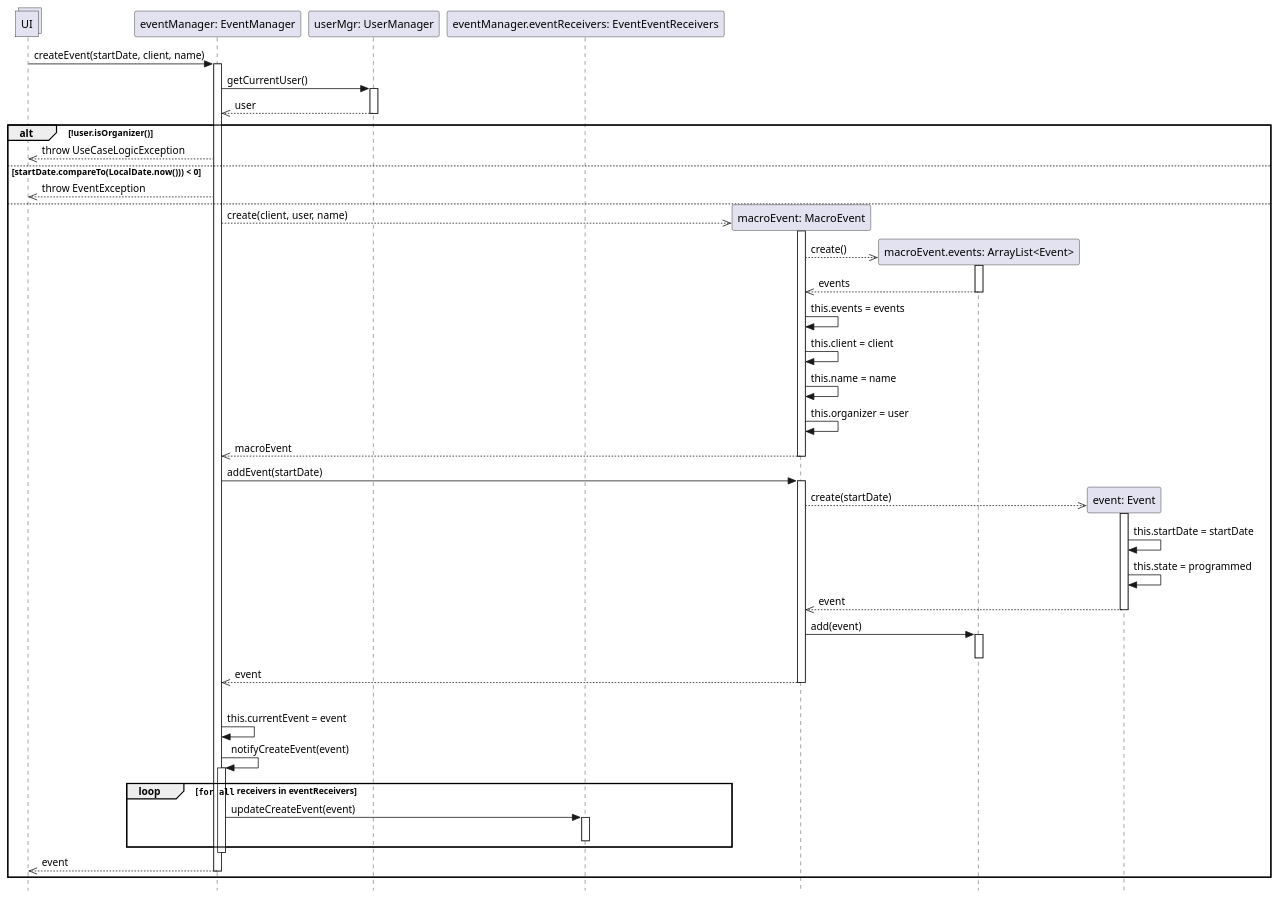
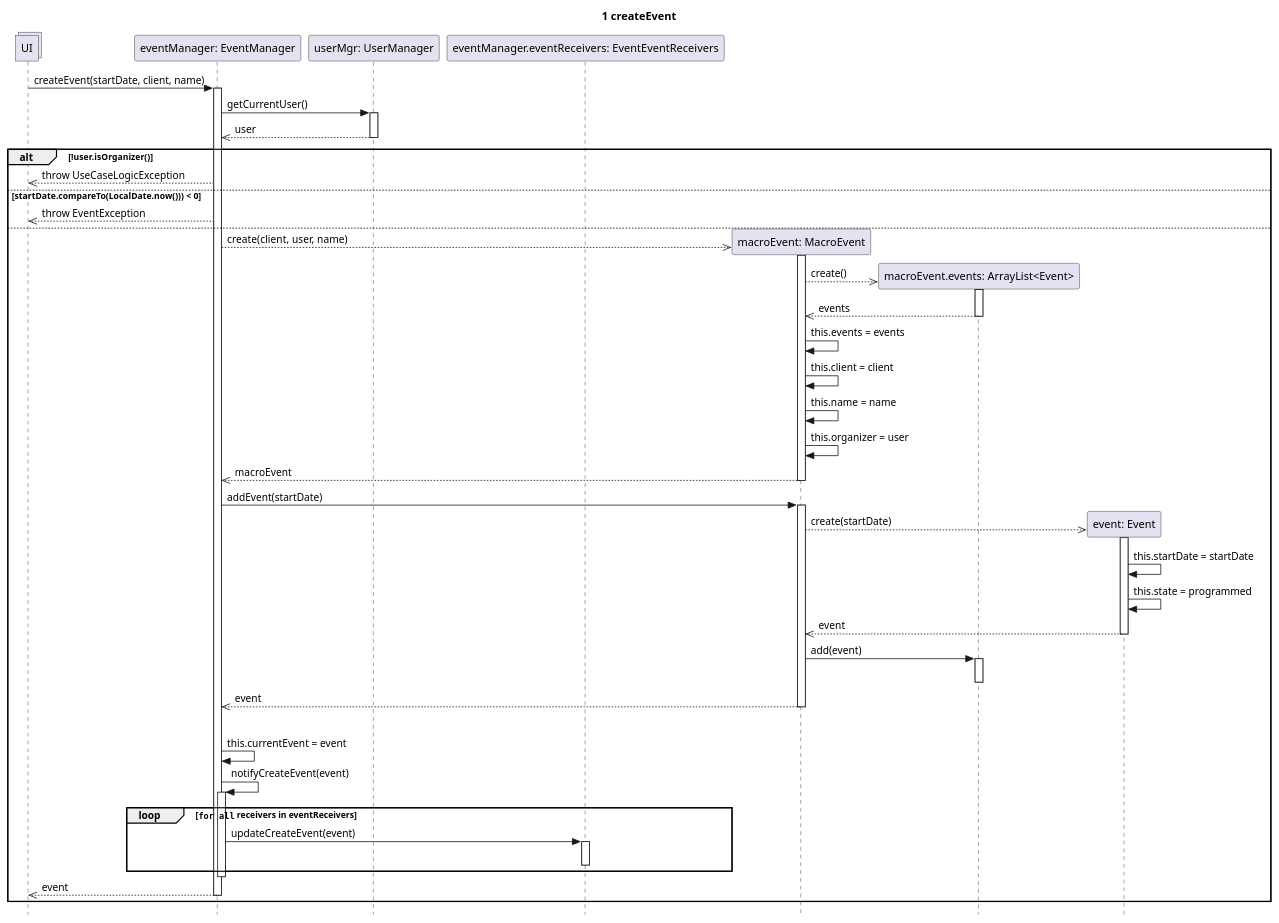
The diagram in UP/Progettazione/UC Gestire Eventi/DSD/DSD Operazione 1.puml (stefa168/sas-project), drawn with PlantUML before and after one commit. The commit also changed 5 other files, not shown here.

```diff
--- a/UP/Progettazione/UC Gestire Eventi/DSD/DSD Operazione 1.puml
+++ b/UP/Progettazione/UC Gestire Eventi/DSD/DSD Operazione 1.puml
@@ -1,64 +1,66 @@
 @startuml
 skinparam Style strictuml
 
 collections UI
 participant "eventManager: EventManager" as em
 participant "userMgr: UserManager" as um
 participant "eventManager.eventReceivers: EventEventReceivers" as eer
+
+title 1 createEvent
 
 UI -> em: createEvent(startDate, client, name)
 activate em
     em -> um: getCurrentUser()
     activate um
         em <<-- um: user
     deactivate um
 
     alt !user.isOrganizer()
         UI <<-- em: throw UseCaseLogicException
     else startDate.compareTo(LocalDate.now())) < 0
         UI <<-- em: throw EventException
     else
         participant "macroEvent: MacroEvent" as maev
         em -->> maev **: create(client, user, name)
         activate maev
             participant "macroEvent.events: ArrayList<Event>" as events
             maev -->> events**:create()
             activate events
                 maev <<-- events: events
             deactivate events
             maev -> maev: this.events = events
             maev -> maev: this.client = client
             maev -> maev: this.name = name
             maev -> maev: this.organizer = user
             em <<-- maev: macroEvent
         deactivate maev
 
         em -> maev: addEvent(startDate)
         activate maev
             participant "event: Event" as ev
             maev -->> ev **: create(startDate)
             activate ev
                 ev -> ev: this.startDate = startDate
                 ev -> ev: this.state = programmed
                 maev <<-- ev: event
             deactivate ev
             maev -> events: add(event)
             activate events
             deactivate events
             em <<-- maev: event
         deactivate maev
         |||
         em -> em: this.currentEvent = event
         em -> em: notifyCreateEvent(event)
         activate em
             loop ""for all"" receivers in eventReceivers
                 em -> eer: updateCreateEvent(event)
                 activate eer
                 deactivate eer
             end
         deactivate em
         UI <<--em: event
         deactivate em
     end
 
 @enduml
```
